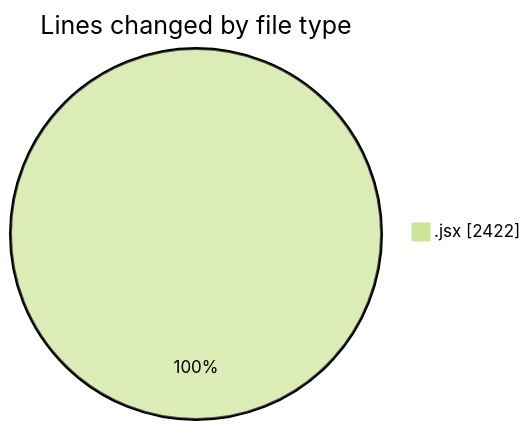
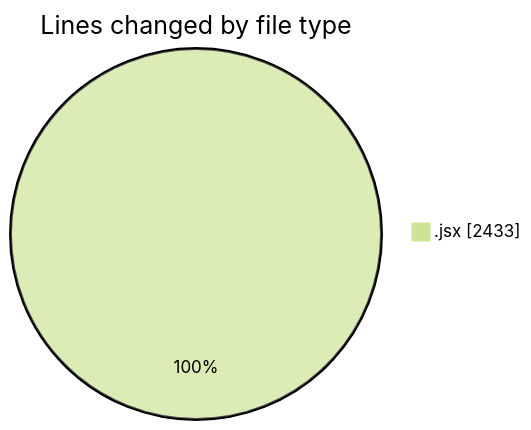
One commit to nxtqubesakshisongat/code-tracking changed the first of 2 diagrams in 2026-01-06/nxtqube_webapp/README.md. Above: the diagram before and after it, drawn with Mermaid (forest theme). The commit also changed other lines of this file and 1 other file, not shown here.

````diff
--- a/2026-01-06/nxtqube_webapp/README.md
+++ b/2026-01-06/nxtqube_webapp/README.md
@@ -21,5 +21,5 @@
 ```mermaid
 pie showData
 title Lines changed by file type
-".jsx" : 2422
+".jsx" : 2433
 ```
````
